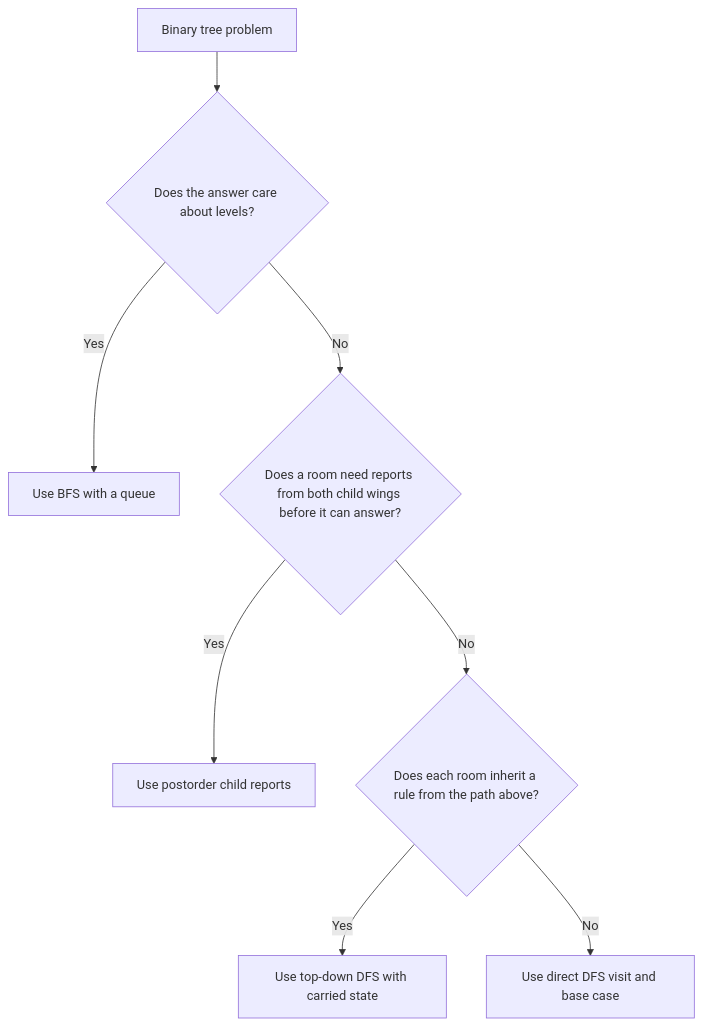
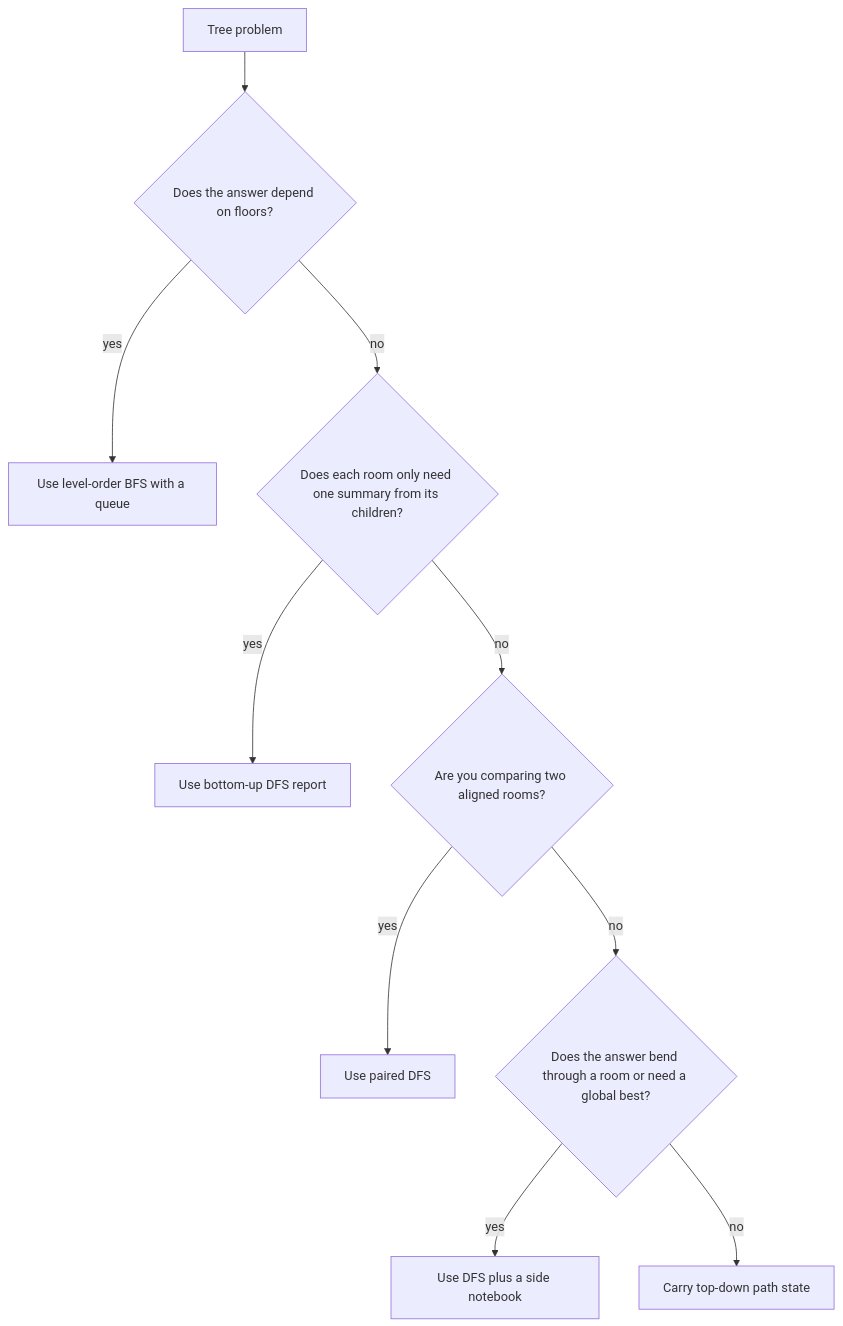
Before and after one commit to snesjhon/for-humans: the fourth of 4 diagrams in src/app/dsa/fundamentals/binary-trees/binary-trees-fundamentals.md, drawn with Mermaid. The commit also changed other lines of this file and 57 other files, not shown here.

````diff
--- a/src/app/dsa/fundamentals/binary-trees/binary-trees-fundamentals.md
+++ b/src/app/dsa/fundamentals/binary-trees/binary-trees-fundamentals.md
@@ -572,10 +564,12 @@
 ```mermaid
 graph TD
-    Start[Binary tree problem] --> Q1{"Does the answer care about levels?"}
-    Q1 -- Yes --> BFSLeaf[Use BFS with a queue]
-    Q1 -- No --> Q2{"Does a room need reports from both child wings before it can answer?"}
-    Q2 -- Yes --> PostLeaf[Use postorder child reports]
-    Q2 -- No --> Q3{"Does each room inherit a rule from the path above?"}
-    Q3 -- Yes --> TopLeaf[Use top-down DFS with carried state]
-    Q3 -- No --> VisitLeaf[Use direct DFS visit and base case]
+    Start[Tree problem] --> Q1{"Does the answer depend on floors?"}
+    Q1 -- yes --> BFS["Use level-order BFS with a queue"]
+    Q1 -- no --> Q2{"Does each room only need one summary from its children?"}
+    Q2 -- yes --> Bottom["Use bottom-up DFS report"]
+    Q2 -- no --> Q3{"Are you comparing two aligned rooms?"}
+    Q3 -- yes --> Pair["Use paired DFS"]
+    Q3 -- no --> Q4{"Does the answer bend through a room or need a global best?"}
+    Q4 -- yes --> Note["Use DFS plus a side notebook"]
+    Q4 -- no --> Top["Carry top-down path state"]
 ```
````
